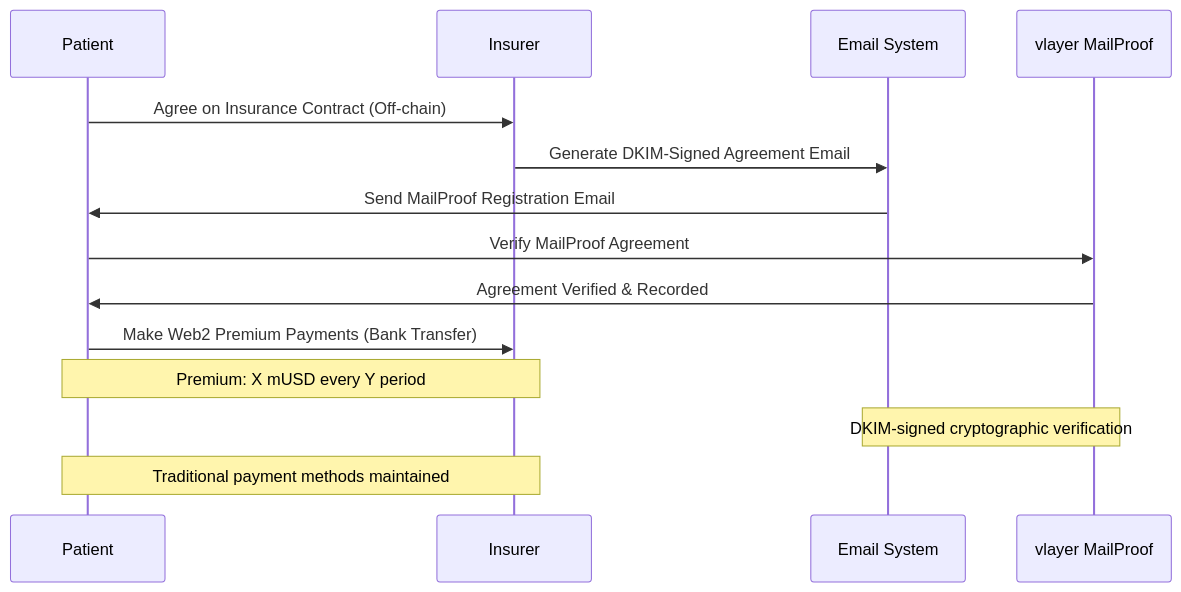
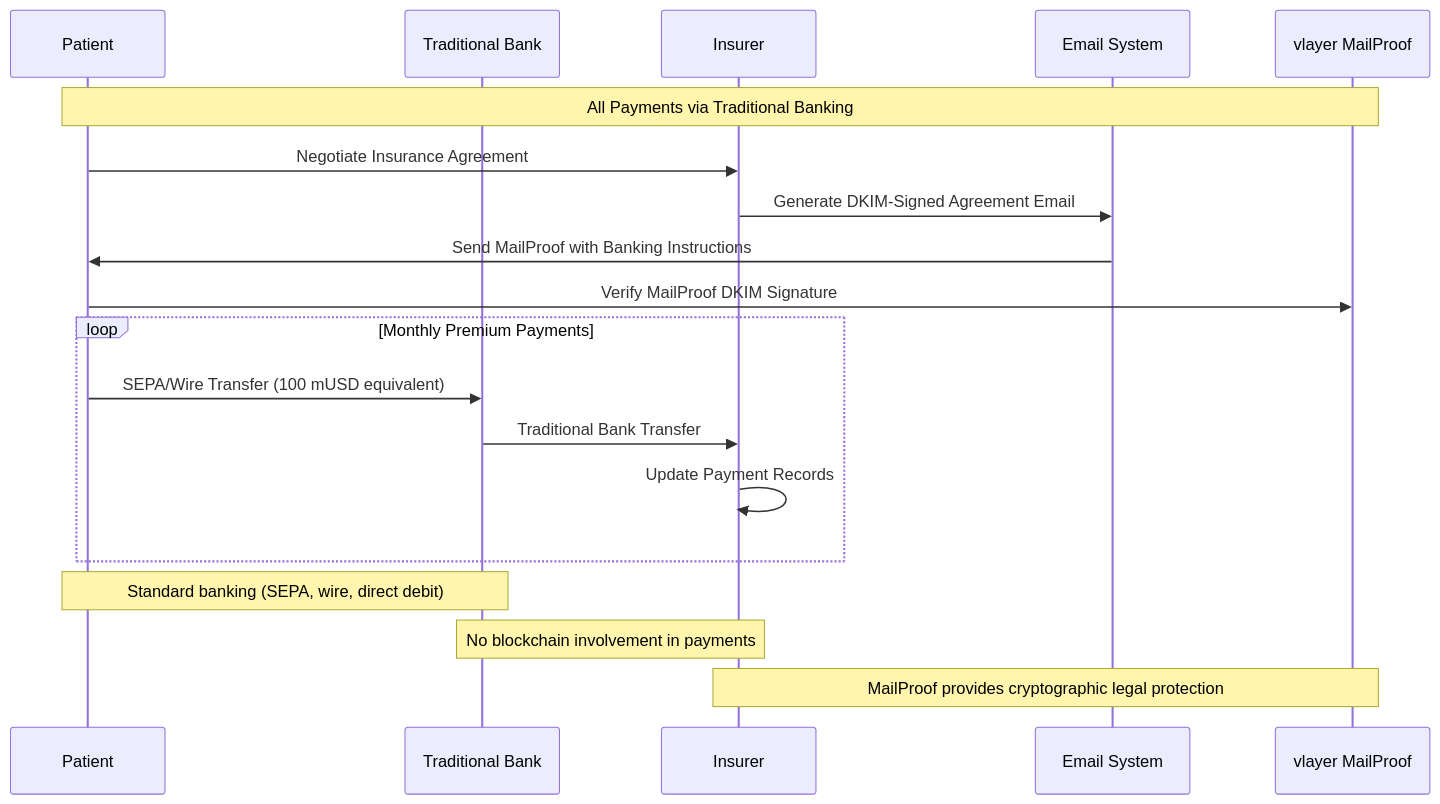
The first of 13 diagrams in memory-bank/activeContext.md (ppezzull/zkMed), drawn with Mermaid before and after one commit. The commit also changed other lines of this file and 1 other file, not shown here.

Commit message:
New memory-bank after a few realizations pt.2

````diff
--- a/memory-bank/activeContext.md
+++ b/memory-bank/activeContext.md
@@ -37,18 +37,24 @@
 ```mermaid
 sequenceDiagram
     participant P as Patient
+    participant Bank as Traditional Bank
     participant I as Insurer
     participant E as Email System
     participant V as vlayer MailProof
 
-    P->>I: Agree on Insurance Contract (Off-chain)
+    Note over P,V: All Payments via Traditional Banking
+    P->>I: Negotiate Insurance Agreement
     I->>E: Generate DKIM-Signed Agreement Email
-    E->>P: Send MailProof Registration Email
-    P->>V: Verify MailProof Agreement
-    V->>P: Agreement Verified & Recorded
-    P->>I: Make Web2 Premium Payments (Bank Transfer)
+    E->>P: Send MailProof with Banking Instructions
+    P->>V: Verify MailProof DKIM Signature
     
-    Note over P,I: Premium: X mUSD every Y period
-    Note over E,V: DKIM-signed cryptographic verification
-    Note over P,I: Traditional payment methods maintained
+    loop Monthly Premium Payments
+        P->>Bank: SEPA/Wire Transfer (100 mUSD equivalent)
+        Bank->>I: Traditional Bank Transfer
+        I->>I: Update Payment Records
+    end
+    
+    Note over P,Bank: Standard banking (SEPA, wire, direct debit)
+    Note over Bank,I: No blockchain involvement in payments
+    Note over I,V: MailProof provides cryptographic legal protection
 ```
````
